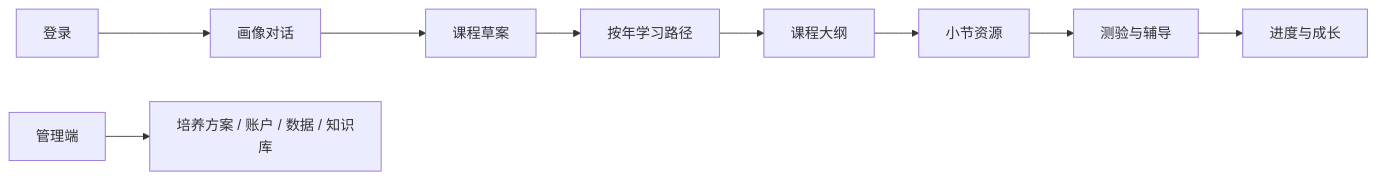
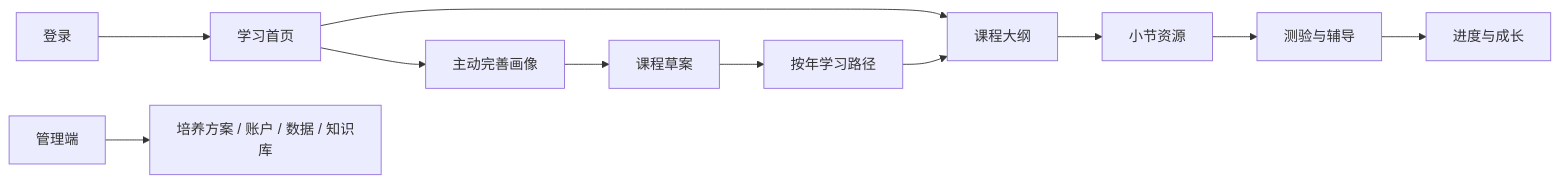
The diagram in docs/project-overview.md (innovationpuls-creator/mutiagent), drawn with Mermaid before and after one commit. The commit also changed other lines of this file and 11 other files, not shown here.

````diff
--- a/docs/project-overview.md
+++ b/docs/project-overview.md
@@ -9,11 +9,13 @@
 ```mermaid
 flowchart LR
-  A[登录] --> B[画像对话]
+  A[登录] --> Home[学习首页]
+  Home --> B[主动完善画像]
+  Home --> E
   B --> C[课程草案]
   C --> D[按年学习路径]
   D --> E[课程大纲]
   E --> F[小节资源]
   F --> G[测验与辅导]
   G --> H[进度与成长]
   I[管理端] --> J[培养方案 / 账户 / 数据 / 知识库]
 ```
````
